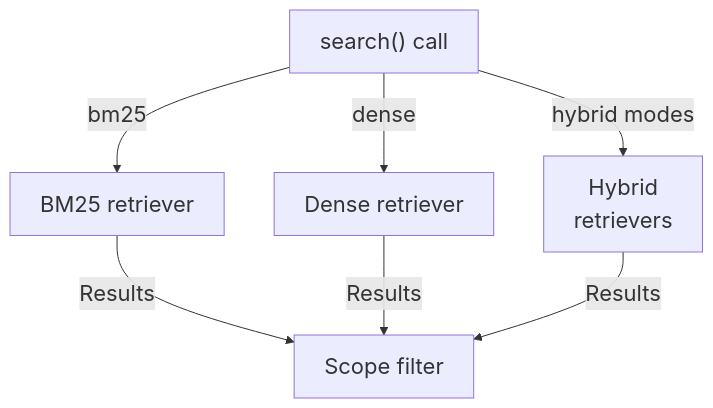
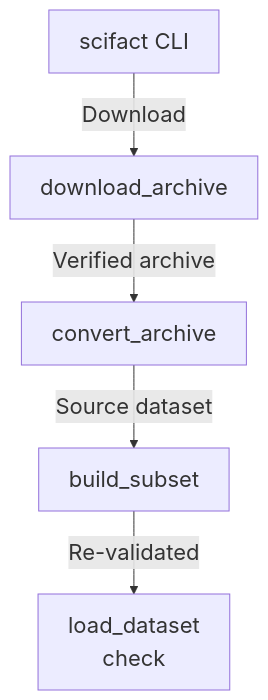
One commit to Justin-Mendoza/Afterclass changed the diagram in maps/evaluation/diagram-05.mmd. Above: the diagram before and after it, drawn with Mermaid. The commit also changed 83 other files, not shown here.

```diff
--- a/maps/evaluation/diagram-05.mmd
+++ b/maps/evaluation/diagram-05.mmd
@@ -1,13 +1,11 @@
 %%{init: {"themeVariables": {"fontSize": "22px"}}}%%
 flowchart TD
-  n0["search() call"]
-  n1["BM25 retriever"]
-  n2["Dense retriever"]
-  n3["Hybrid<br/>retrievers"]
-  n4["Scope filter"]
-  n0 -->|"bm25"| n1
-  n0 -->|"dense"| n2
-  n0 -->|"hybrid modes"| n3
-  n1 -->|"Results"| n4
-  n2 -->|"Results"| n4
-  n3 -->|"Results"| n4
+  n0["scifact CLI"]
+  n1["download_archive"]
+  n2["convert_archive"]
+  n3["build_subset"]
+  n4["load_dataset<br/>check"]
+  n0 -->|"Download"| n1
+  n1 -->|"Verified archive"| n2
+  n2 -->|"Source dataset"| n3
+  n3 -->|"Re-validated"| n4
```
